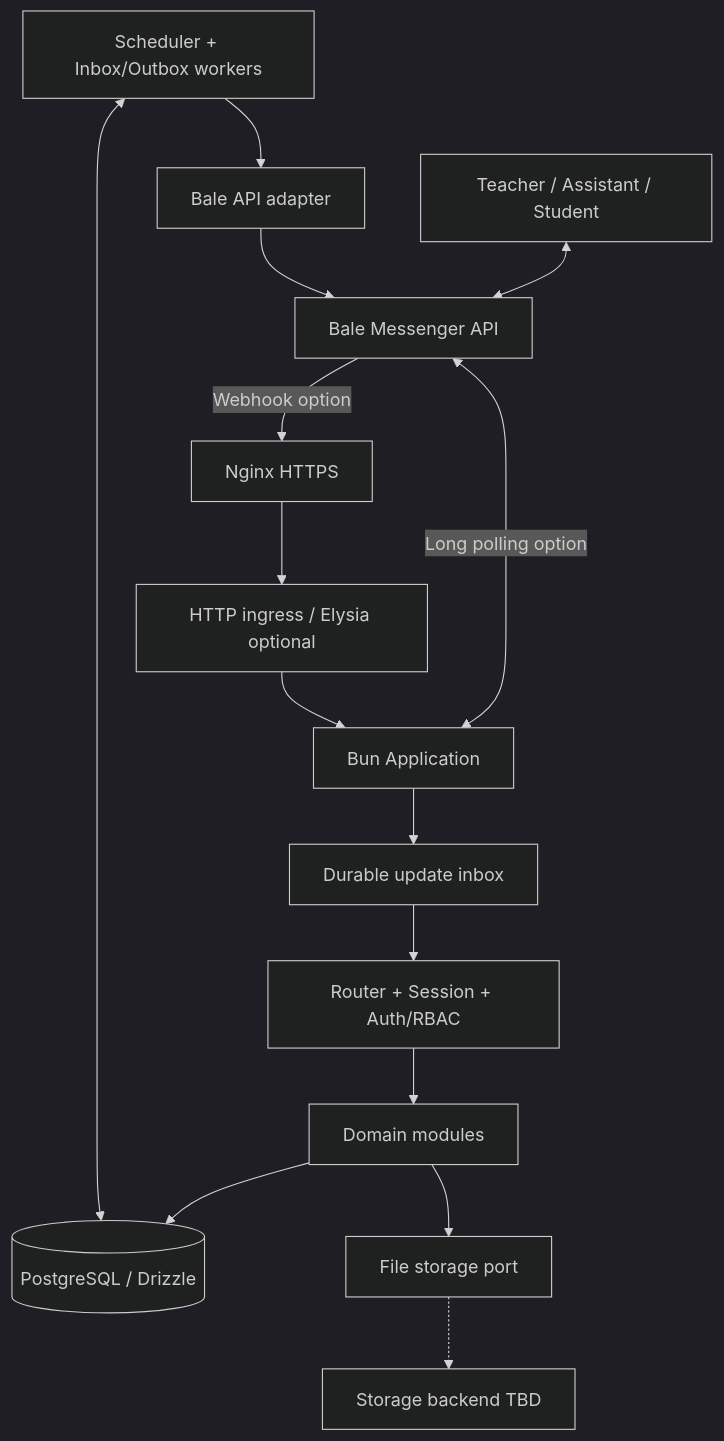
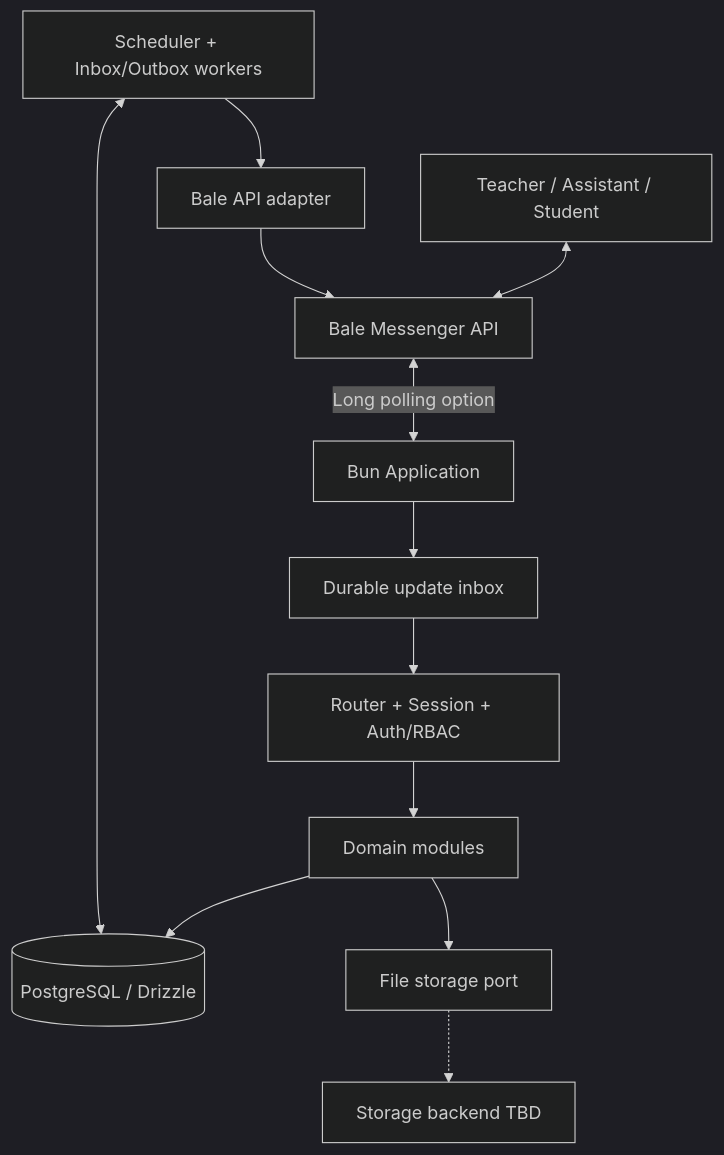
One commit to SinaSalimirad/mashqban2-bot changed the diagram in docs/ARCHITECTURE.md. Above: the diagram before and after it, drawn with Mermaid (dark theme). The commit also changed other lines of this file and 7 other files, not shown here.

````diff
--- a/docs/ARCHITECTURE.md
+++ b/docs/ARCHITECTURE.md
@@ -28,17 +28,14 @@
 ```mermaid
 flowchart TD
   U[Teacher / Assistant / Student] <--> B[Bale Messenger API]
   B <-->|Long polling option| A[Bun Application]
-  B -->|Webhook option| N[Nginx HTTPS]
-  N --> H[HTTP ingress / Elysia optional]
-  H --> A
   A --> I[Durable update inbox]
   I --> R[Router + Session + Auth/RBAC]
   R --> D[Domain modules]
   D --> P[(PostgreSQL / Drizzle)]
   D --> F[File storage port]
   F -.-> S[Storage backend TBD]
   W[Scheduler + Inbox/Outbox workers] <--> P
   W --> C[Bale API adapter]
   C --> B
 ```
````
